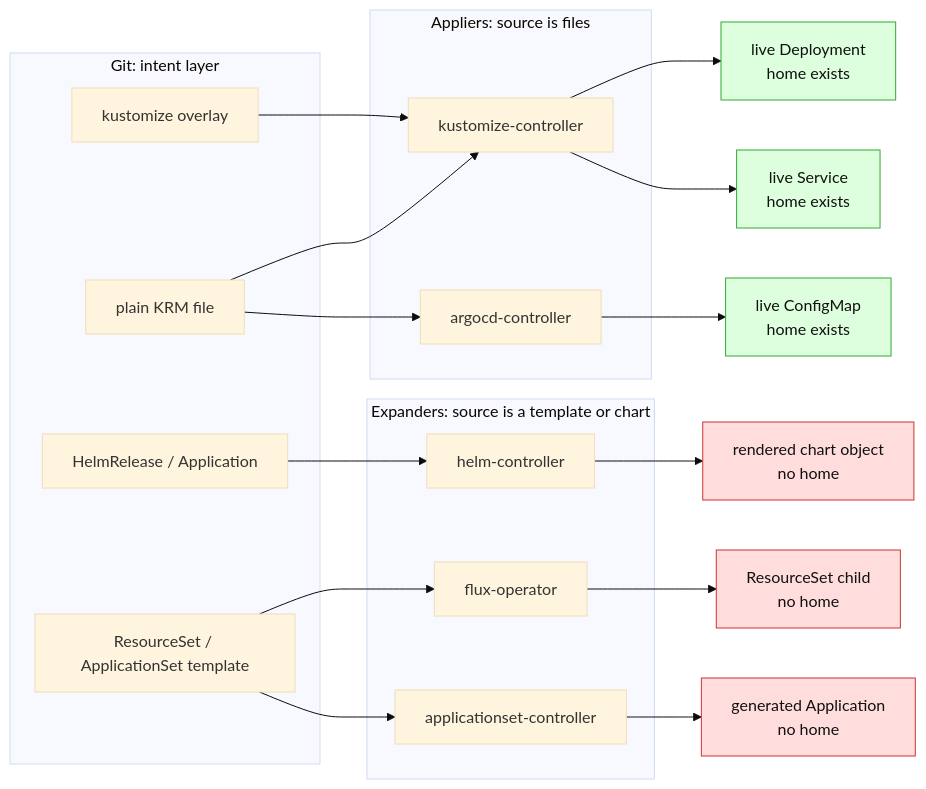
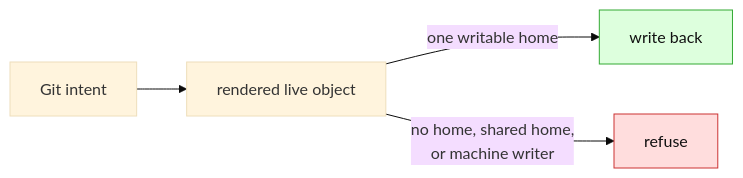
The diagram in docs/design/support-boundary/README.md (ConfigButler/gitops-reverser), drawn with Mermaid (base theme) before and after one commit. The commit also changed other lines of this file and 15 other files, not shown here.

````diff
--- a/docs/design/support-boundary/README.md
+++ b/docs/design/support-boundary/README.md
@@ -59,32 +12,11 @@
 ```mermaid
 flowchart LR
-    subgraph git["Git: intent layer"]
-        P["plain KRM file"]
-        K["kustomize overlay"]
-        H["HelmRelease / Application"]
-        R["ResourceSet / ApplicationSet template"]
-    end
+    G[Git intent] --> R[rendered live object]
+    R -->|one writable home| W[write back]
+    R -->|no home, shared home,<br/>or machine writer| X[refuse]
 
-    subgraph apply["Appliers: source is files"]
-        KC["kustomize-controller"]
-        AC["argocd-controller"]
-    end
-
-    subgraph expand["Expanders: source is a template or chart"]
-        HC["helm-controller"]
-        FO["flux-operator"]
-        AS["applicationset-controller"]
-    end
-
-    P --> KC --> O1["live Deployment<br/>home exists"]
-    K --> KC --> O2["live Service<br/>home exists"]
-    P --> AC --> O3["live ConfigMap<br/>home exists"]
-    H --> HC --> O4["rendered chart object<br/>no home"]
-    R --> FO --> O5["ResourceSet child<br/>no home"]
-    R --> AS --> O6["generated Application<br/>no home"]
-
-    classDef editable fill:#dfd,stroke:#3a3,color:#111
-    classDef refused fill:#fdd,stroke:#c33,color:#111
-    class O1,O2,O3 editable
-    class O4,O5,O6 refused
+    classDef yes fill:#dfd,stroke:#3a3,color:#111
+    classDef no fill:#fdd,stroke:#c33,color:#111
+    class W yes
+    class X no
 ```
````
